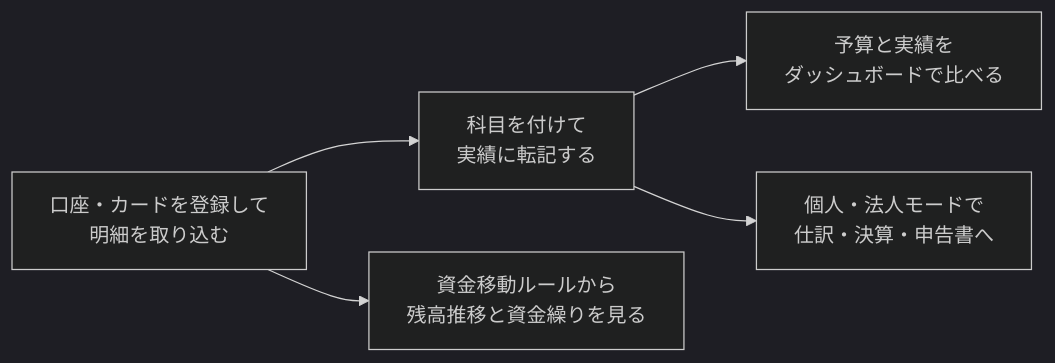
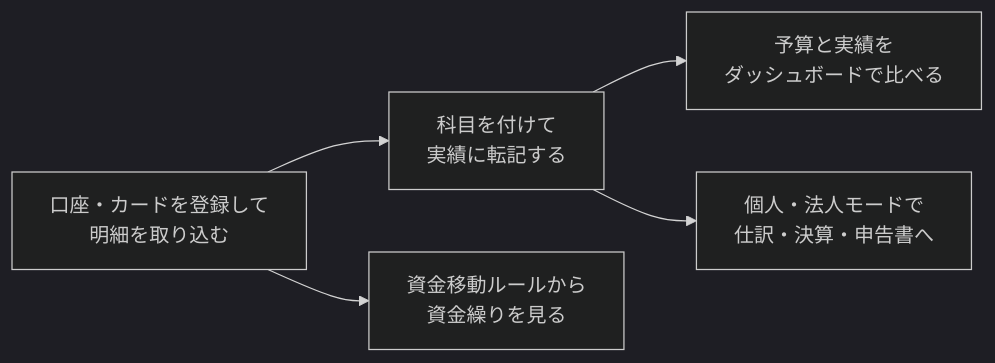
The first of 2 diagrams in readme.md (makoto-kamimura/docker_financial_management), drawn with Mermaid (dark theme) before and after one commit. The commit also changed other lines of this file and 10 other files, not shown here.

````diff
--- a/readme.md
+++ b/readme.md
@@ -80,7 +80,7 @@
 ```mermaid
 flowchart LR
   A["口座・カードを登録して<br/>明細を取り込む"] --> B["科目を付けて<br/>実績に転記する"]
   B --> C["予算と実績を<br/>ダッシュボードで比べる"]
-  A --> D["資金移動ルールから<br/>残高推移と資金繰りを見る"]
+  A --> D["資金移動ルールから<br/>資金繰りを見る"]
   B --> E["個人・法人モードで<br/>仕訳・決算・申告書へ"]
 ```
````
